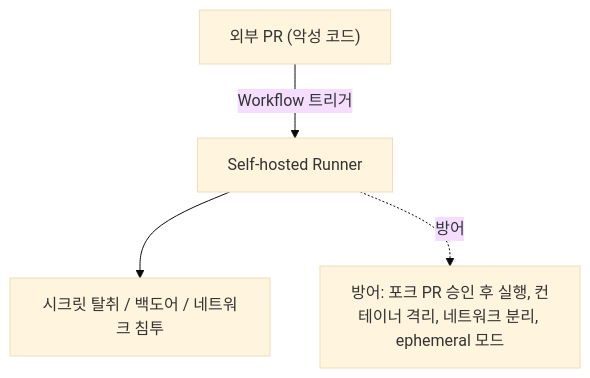
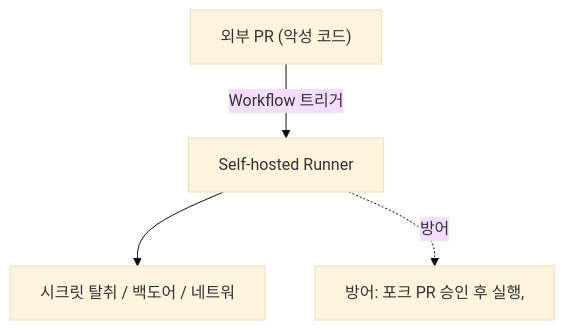
One commit to yjkim2015/yjkim2015.github.io changed the third of 5 diagrams in _posts/cicd/2026-05-03-github-actions-deep.md. Above: the diagram before and after it, drawn with Mermaid (base theme). The commit also changed other lines of this file and 271 other files, not shown here.

First line of the commit message:
Mermaid 라벨 축소: 긴 노드 텍스트 18자 이하로 트림 + \n 제거

````diff
--- a/_posts/cicd/2026-05-03-github-actions-deep.md
+++ b/_posts/cicd/2026-05-03-github-actions-deep.md
@@ -332,7 +332,7 @@
 ```mermaid
 graph TB
     PR["외부 PR (악성 코드)"] -->|"Workflow 트리거"| RUNNER["Self-hosted Runner"]
-    RUNNER --> RISK["시크릿 탈취 / 백도어 / 네트워크 침투"]
-    DEF["방어: 포크 PR 승인 후 실행, 컨테이너 격리, 네트워크 분리, ephemeral 모드"]
+    RUNNER --> RISK["시크릿 탈취 / 백도어 / 네트워"]
+    DEF["방어: 포크 PR 승인 후 실행,"]
     RUNNER -.->|"방어"| DEF
 ```
````
